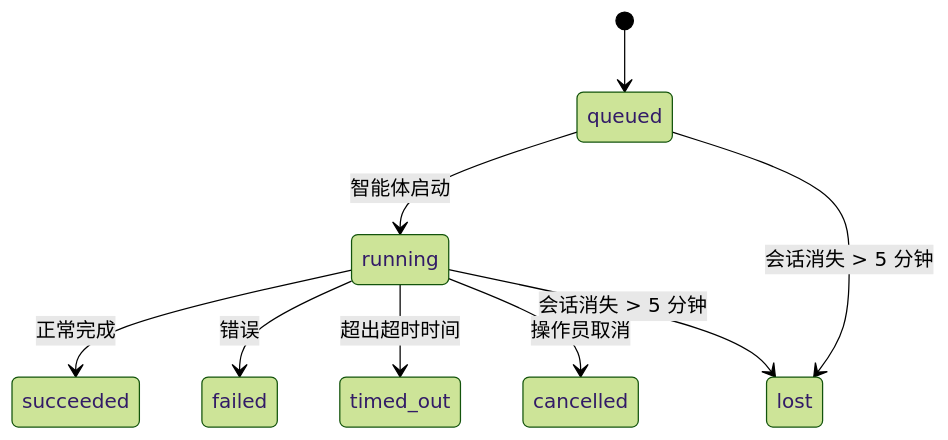
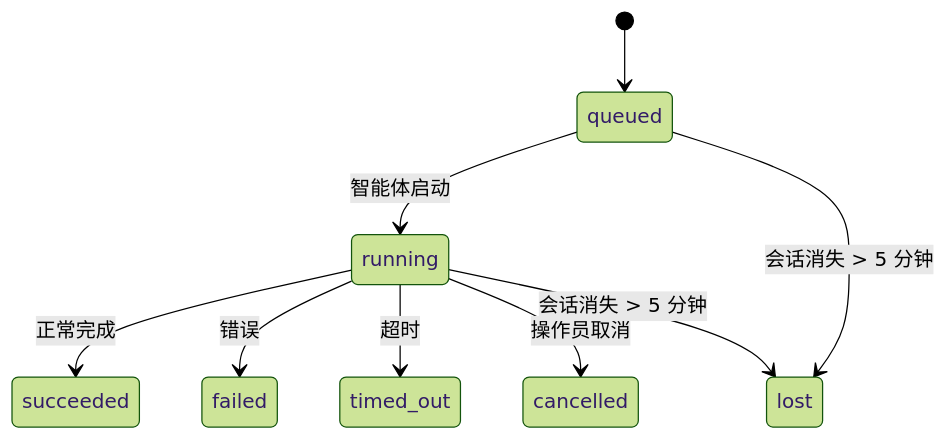
Before and after one commit to qianleigood/crawclaw: the diagram in docs/zh-CN/automation/tasks.md, drawn with Mermaid (forest theme). The commit also changed other lines of this file and 159 other files, not shown here.

````diff
--- a/docs/zh-CN/automation/tasks.md
+++ b/docs/zh-CN/automation/tasks.md
@@ -63,11 +64,11 @@
 ```mermaid
 stateDiagram-v2
     [*] --> queued
     queued --> running : 智能体启动
     running --> succeeded : 正常完成
     running --> failed : 错误
-    running --> timed_out : 超出超时时间
+    running --> timed_out : 超时
     running --> cancelled : 操作员取消
     queued --> lost : 会话消失 > 5 分钟
     running --> lost : 会话消失 > 5 分钟
 ```
````
